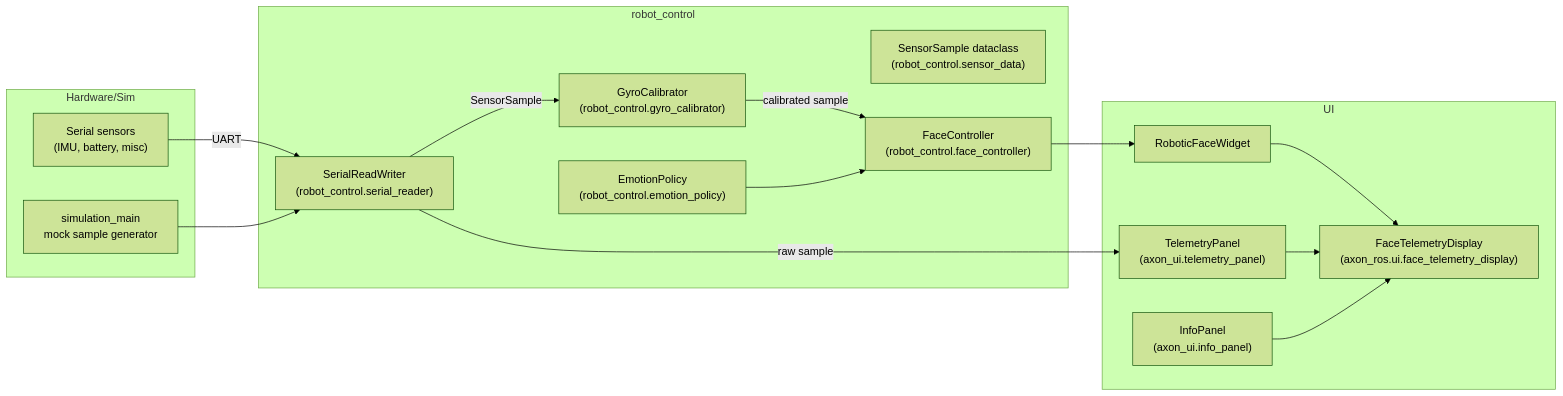
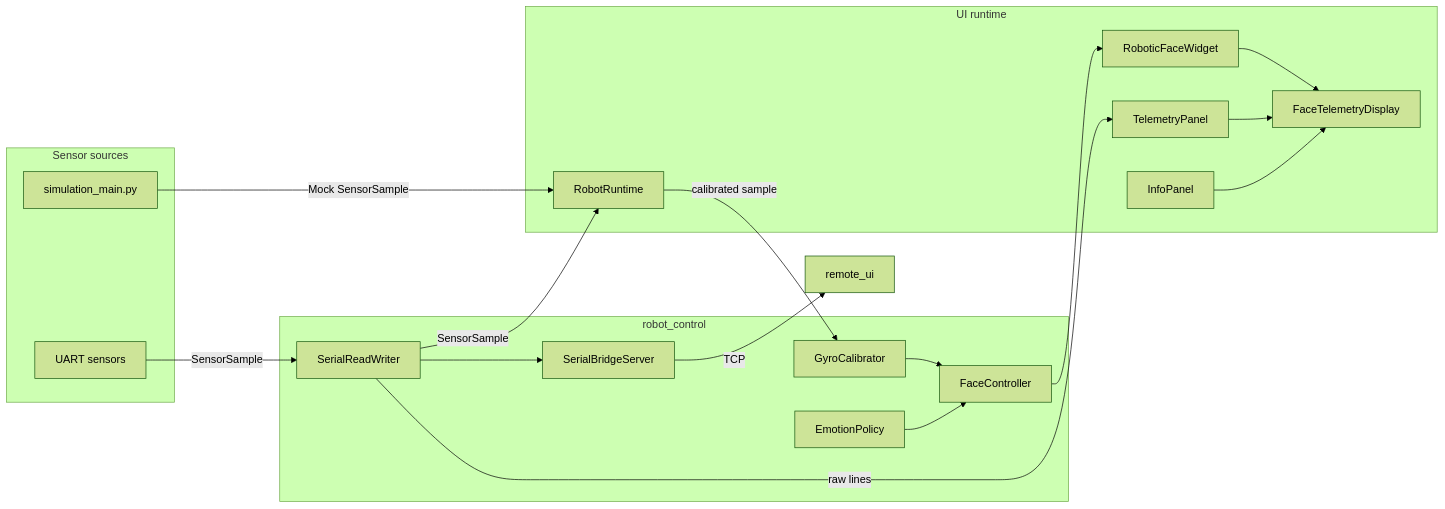
Before and after one commit to codemeetscopper/Axon: the diagram in docs/architecture.md, drawn with Mermaid (forest theme). The commit also changed other lines of this file and 3 other files, not shown here.

````diff
--- a/docs/architecture.md
+++ b/docs/architecture.md
@@ -12,33 +9,37 @@
 ```mermaid
 flowchart LR
-    subgraph Hardware/Sim
-        S["Serial sensors<br/>(IMU, battery, misc)"]
-        Sim["simulation_main<br/>mock sample generator"]
+    subgraph Sensor sources
+        HW[UART sensors]
+        Sim[simulation_main.py]
     end
 
     subgraph robot_control
-        SR["SerialReadWriter<br/>(robot_control.serial_reader)"]
-        GC["GyroCalibrator<br/>(robot_control.gyro_calibrator)"]
-        SD["SensorSample dataclass<br/>(robot_control.sensor_data)"]
-        FC["FaceController<br/>(robot_control.face_controller)"]
-        EP["EmotionPolicy<br/>(robot_control.emotion_policy)"]
+        SR[SerialReadWriter]
+        GC[GyroCalibrator]
+        EP[EmotionPolicy]
+        FC[FaceController]
+        SBS[SerialBridgeServer]
     end
 
-    subgraph UI
+    subgraph UI runtime
+        RT[RobotRuntime]
         Face[RoboticFaceWidget]
-        Display["FaceTelemetryDisplay<br/>(axon_ros.ui.face_telemetry_display)"]
-        Telemetry["TelemetryPanel<br/>(axon_ui.telemetry_panel)"]
-        Info["InfoPanel<br/>(axon_ui.info_panel)"]
+        TP[TelemetryPanel]
+        IP[InfoPanel]
+        FTD[FaceTelemetryDisplay]
     end
 
-    S -->|UART| SR
-    Sim --> SR
-    SR -->|SensorSample| GC
-    SR -->|raw sample| Telemetry
-    GC -->|calibrated sample| FC
+    HW -->|SensorSample| SR
+    Sim -->|Mock SensorSample| RT
+    SR -->|raw lines| TP
+    SR -->|SensorSample| RT
+    RT -->|calibrated sample| GC
+    GC --> FC
     EP --> FC
     FC --> Face
-    Face --> Display
-    Telemetry --> Display
-    Info --> Display
+    Face --> FTD
+    TP --> FTD
+    IP --> FTD
+    SR --> SBS
+    SBS -->|TCP| remote_ui
 ```
````
